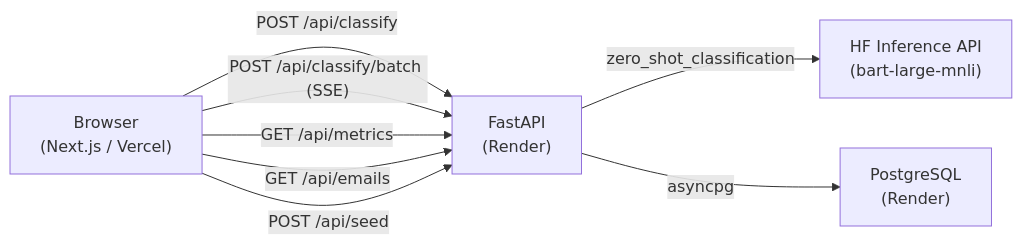
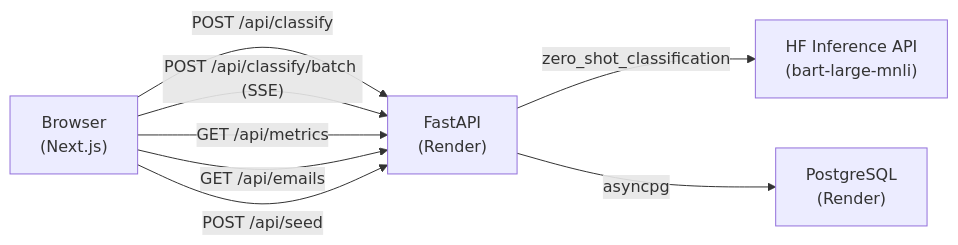
One commit to cidoliveira/crivo changed the diagram in README.md. Above: the diagram before and after it, drawn with Mermaid. The commit also changed other lines of this file and 5 other files, not shown here.

````diff
--- a/README.md
+++ b/README.md
@@ -22,15 +20,15 @@
 ```mermaid
 graph LR
-    Browser["Browser\n(Next.js / Vercel)"]
+    Browser["Browser\n(Next.js)"]
     Backend["FastAPI\n(Render)"]
     HF["HF Inference API\n(bart-large-mnli)"]
     DB["PostgreSQL\n(Render)"]
 
     Browser -->|"POST /api/classify"| Backend
     Browser -->|"POST /api/classify/batch (SSE)"| Backend
     Browser -->|"GET /api/metrics"| Backend
     Browser -->|"GET /api/emails"| Backend
     Browser -->|"POST /api/seed"| Backend
     Backend -->|"zero_shot_classification"| HF
     Backend -->|"asyncpg"| DB
 ```
````
